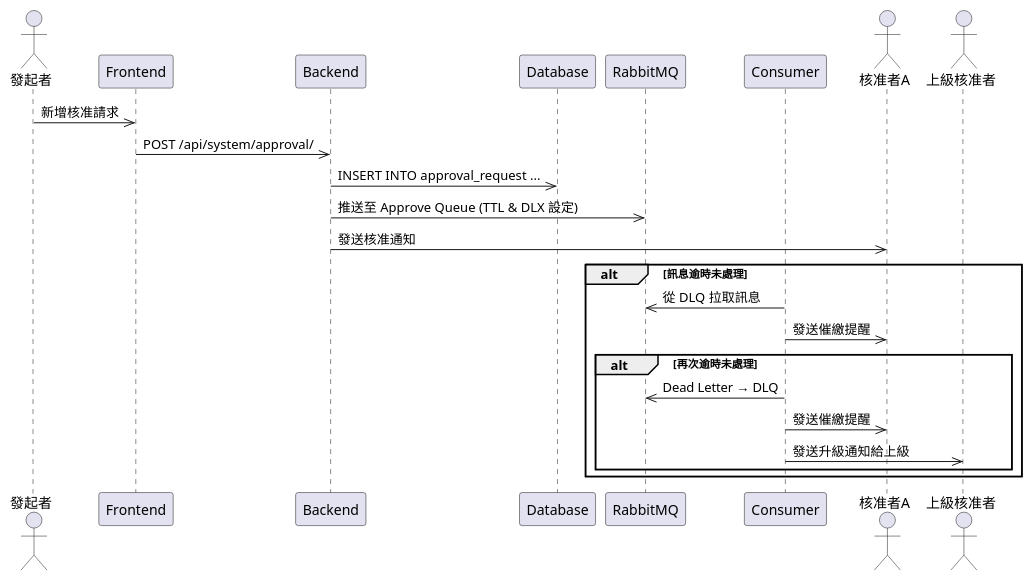
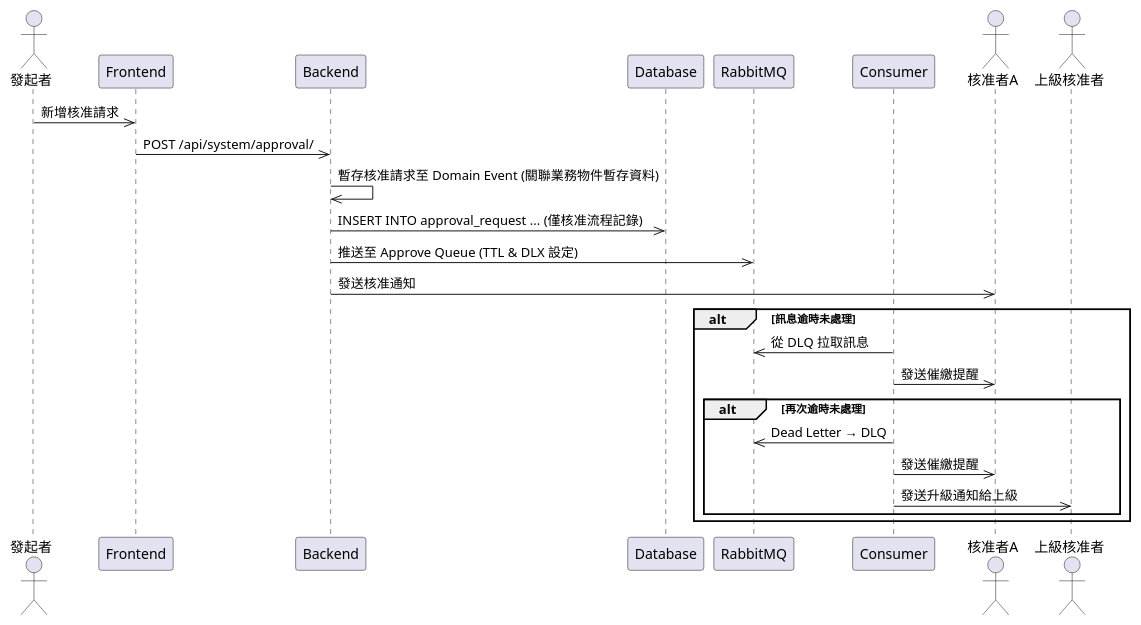
The diagram in plantUML/sequence/approval_notify.puml (walle45611/NTUB_SecuManag_Diagram), drawn with PlantUML before and after one commit. The commit also changed 6 other files, not shown here.

Commit message:
feat: 更新流程圖，將核准請求暫存至 Domain Event 以改善資料處理流程

```diff
--- a/plantUML/sequence/approval_notify.puml
+++ b/plantUML/sequence/approval_notify.puml
@@ -1,26 +1,27 @@
 @startuml
 actor User as "發起者"
 participant Frontend
 participant Backend
 participant Database
 participant RabbitMQ
 participant Consumer
 actor ReviewerA as "核准者A"
 actor ReviewerB as "上級核准者"
 
 User ->> Frontend: 新增核准請求
 Frontend ->> Backend: POST /api/system/approval/
-Backend ->> Database: INSERT INTO approval_request ...
+Backend ->> Backend: 暫存核准請求至 Domain Event (關聯業務物件暫存資料)
+Backend ->> Database: INSERT INTO approval_request ... (僅核准流程記錄)
 Backend ->> RabbitMQ: 推送至 Approve Queue (TTL & DLX 設定)
 Backend ->> ReviewerA: 發送核准通知
 
 alt 訊息逾時未處理
     Consumer ->> RabbitMQ: 從 DLQ 拉取訊息
     Consumer ->> ReviewerA: 發送催繳提醒
     alt 再次逾時未處理
         Consumer ->> RabbitMQ: Dead Letter → DLQ
         Consumer ->> ReviewerA: 發送催繳提醒
         Consumer ->> ReviewerB: 發送升級通知給上級
     end
 end
 @enduml
```
